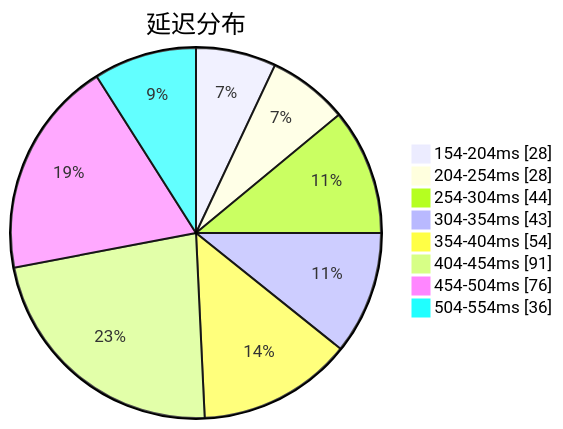
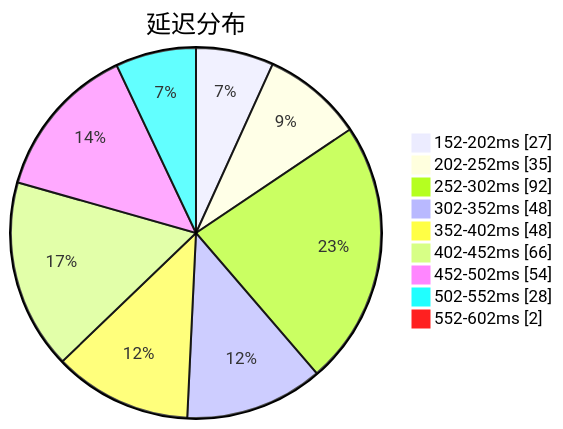
One commit to qjlxg/airport changed the first of 3 diagrams in subs/statistics/tested_within.md. Above: the diagram before and after it, drawn with Mermaid. The commit also changed other lines of this file and 2 other files, not shown here.

Commit message:
Tested by metaST

````diff
--- a/subs/statistics/tested_within.md
+++ b/subs/statistics/tested_within.md
@@ -2,12 +2,13 @@
 ```mermaid
 pie showData
 title 延迟分布
-"154-204ms" : 28
-"204-254ms" : 28
-"254-304ms" : 44
-"304-354ms" : 43
-"354-404ms" : 54
-"404-454ms" : 91
-"454-504ms" : 76
-"504-554ms" : 36
+"152-202ms" : 27
+"202-252ms" : 35
+"252-302ms" : 92
+"302-352ms" : 48
+"352-402ms" : 48
+"402-452ms" : 66
+"452-502ms" : 54
+"502-552ms" : 28
+"552-602ms" : 2
 ```
````
